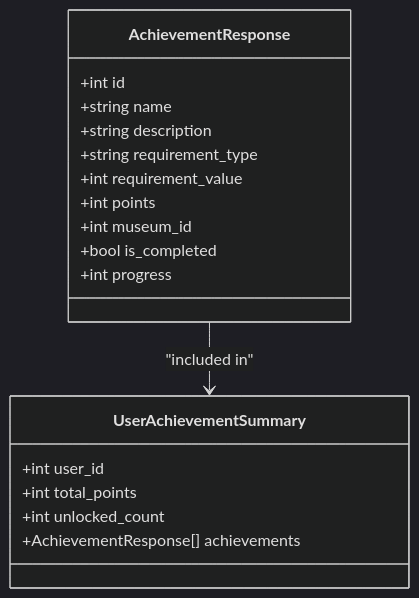
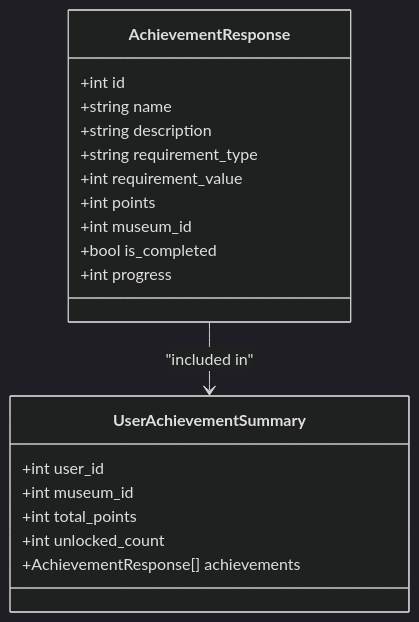
Before and after one commit to vinhle-HCMUT/MuseAmigo_API: the third of 7 diagrams in .qoder/repowiki/en/content/API Reference/Achievement System Endpoints.md, drawn with Mermaid (dark theme). The commit also changed other lines of this file and 1 other file, not shown here.

````diff
--- a/.qoder/repowiki/en/content/API Reference/Achievement System Endpoints.md
+++ b/.qoder/repowiki/en/content/API Reference/Achievement System Endpoints.md
@@ -137,21 +149,22 @@
 ```mermaid
 classDiagram
 class AchievementResponse {
 +int id
 +string name
 +string description
 +string requirement_type
 +int requirement_value
 +int points
 +int museum_id
 +bool is_completed
 +int progress
 }
 class UserAchievementSummary {
 +int user_id
++int museum_id
 +int total_points
 +int unlocked_count
 +AchievementResponse[] achievements
 }
 AchievementResponse --> UserAchievementSummary : "included in"
 ```
````
